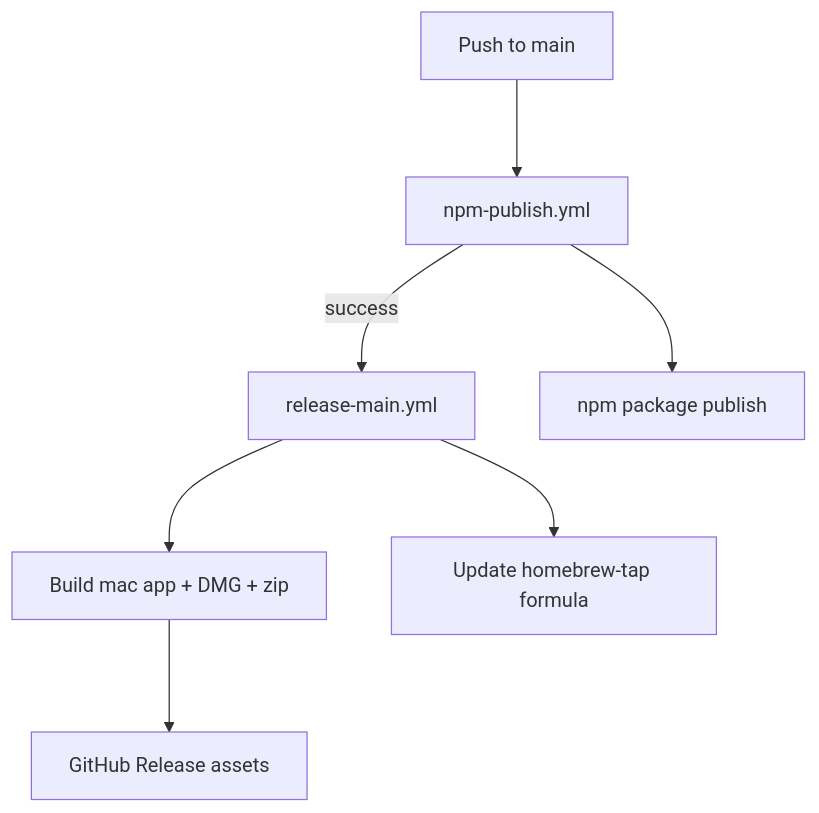
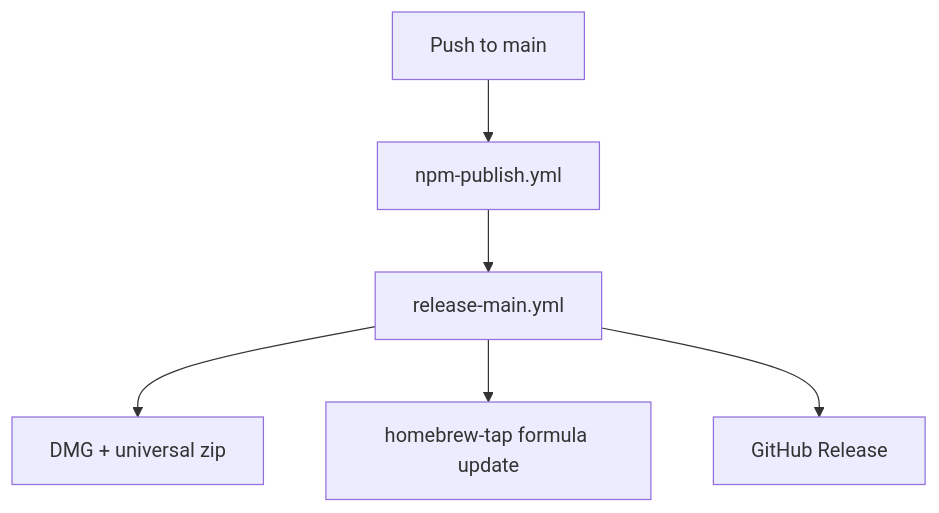
One commit to ivasuy/VibeDeck changed the seventh of 7 diagrams in docs/ARCHITECTURE.md. Above: the diagram before and after it, drawn with Mermaid. The commit also changed other lines of this file and 21 other files, not shown here.

Commit message:
docs: refresh app architecture and command surface

````diff
--- a/docs/ARCHITECTURE.md
+++ b/docs/ARCHITECTURE.md
@@ -395,10 +342,8 @@
 ```mermaid
-%%{init: {"flowchart": {"nodeSpacing": 52, "rankSpacing": 78, "curve": "basis"}} }%%
 flowchart TD
-  Push["Push to main"] --> NPMPublish["npm-publish.yml"]
-  NPMPublish -->|success| ReleaseMain["release-main.yml"]
-  ReleaseMain --> MacRelease["Build mac app + DMG + zip"]
-  ReleaseMain --> Homebrew["Update homebrew-tap formula"]
-  MacRelease --> GitHubRelease["GitHub Release assets"]
-  NPMPublish --> NPM["npm package publish"]
+  Push["Push to main"] --> NPM["npm-publish.yml"]
+  NPM --> Release["release-main.yml"]
+  Release --> MacAssets["DMG + universal zip"]
+  Release --> Homebrew["homebrew-tap formula update"]
+  Release --> GitHubRelease["GitHub Release"]
 ```
````
